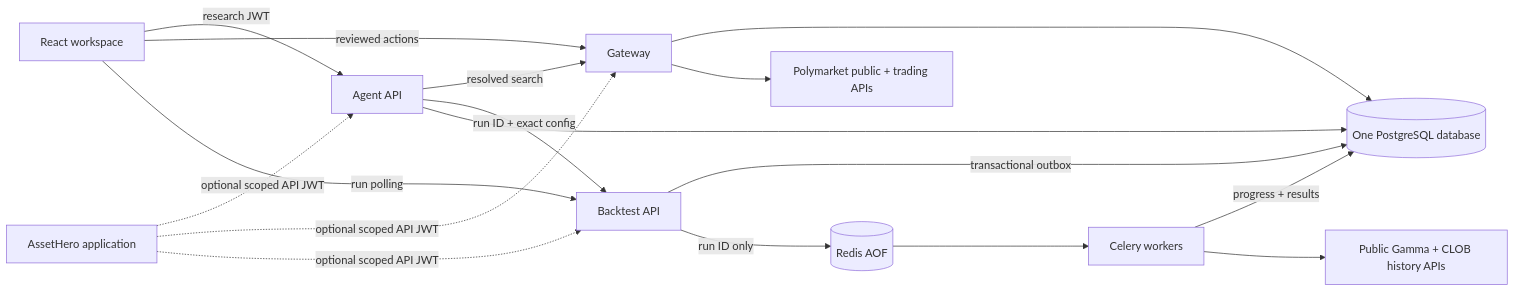
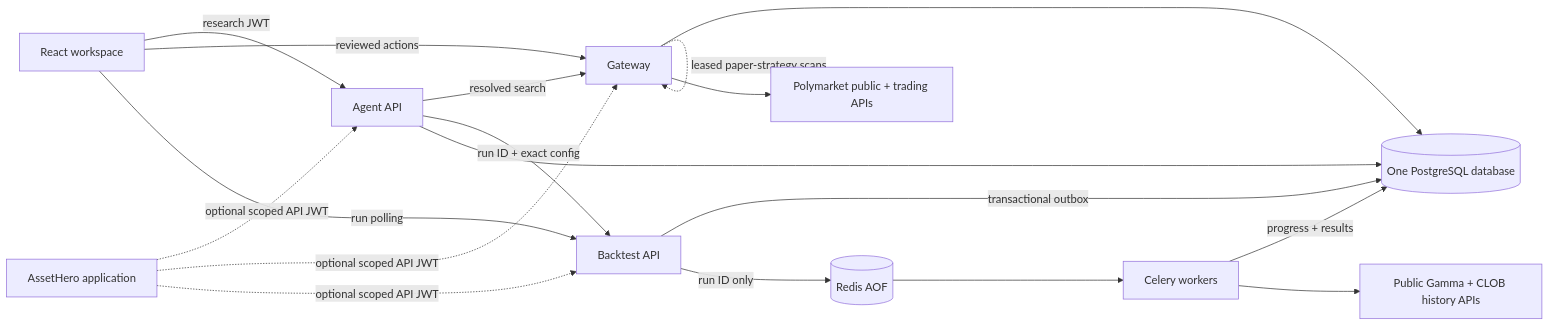
Before and after one commit to predictivelabsai/fincode: the diagram in README.md, drawn with Mermaid. The commit also changed other lines of this file and 25 other files, not shown here.

````diff
--- a/README.md
+++ b/README.md
@@ -16,19 +16,20 @@
 ```mermaid
 flowchart LR
     UI["React workspace"] -->|"research JWT"| AG["Agent API"]
     UI -->|"reviewed actions"| GW["Gateway"]
     UI -->|"run polling"| BA["Backtest API"]
     AG -->|"resolved search"| GW
     AG -->|"run ID + exact config"| BA
     BA -->|"transactional outbox"| PG[("One PostgreSQL database")]
     BA -->|"run ID only"| R[("Redis AOF")]
     R --> BW["Celery workers"]
     BW -->|"progress + results"| PG
     GW --> PG
+    GW -.->|"leased paper-strategy scans"| GW
     AG --> PG
     GW --> PM["Polymarket public + trading APIs"]
     BW --> PH["Public Gamma + CLOB history APIs"]
     AH["AssetHero application"] -.->|"optional scoped API JWT"| AG
     AH -.->|"optional scoped API JWT"| GW
     AH -.->|"optional scoped API JWT"| BA
 ```
````
